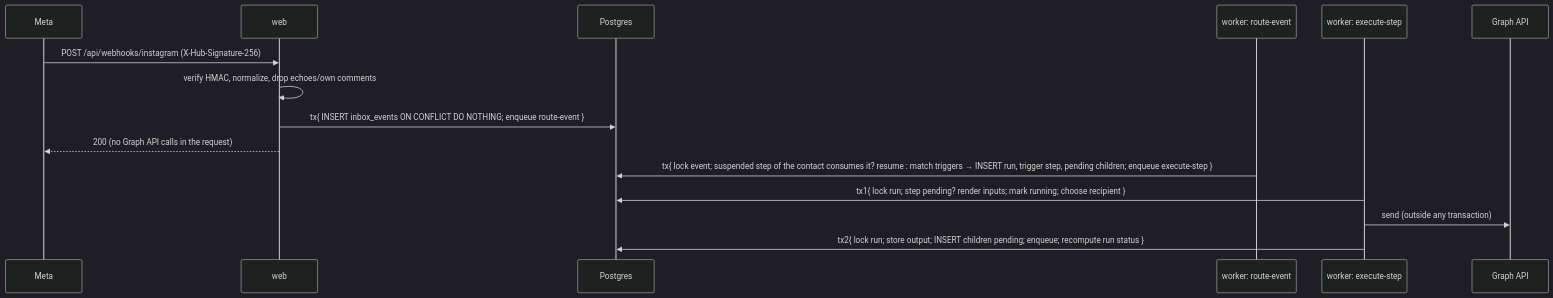
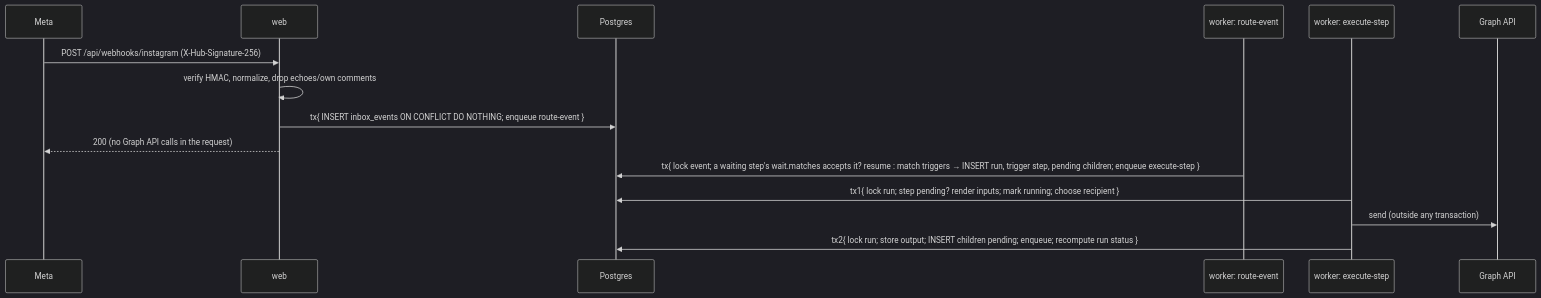
The third of 3 diagrams in docs/architecture.md (ArkadyBuryakov/blotato-tech-challenge), drawn with Mermaid (dark theme) before and after one commit. The commit also changed other lines of this file and 10 other files, not shown here.

````diff
--- a/docs/architecture.md
+++ b/docs/architecture.md
@@ -128,17 +129,17 @@
 ```mermaid
 sequenceDiagram
   participant M as Meta
   participant W as web
   participant DB as Postgres
   participant R as worker: route-event
   participant S as worker: execute-step
   participant IG as Graph API
   M->>W: POST /api/webhooks/instagram (X-Hub-Signature-256)
   W->>W: verify HMAC, normalize, drop echoes/own comments
   W->>DB: tx{ INSERT inbox_events ON CONFLICT DO NOTHING#59; enqueue route-event }
   W-->>M: 200 (no Graph API calls in the request)
-  R->>DB: tx{ lock event#59; suspended step of the contact consumes it? resume : match triggers → INSERT run, trigger step, pending children#59; enqueue execute-step }
+  R->>DB: tx{ lock event#59; a waiting step's wait.matches accepts it? resume : match triggers → INSERT run, trigger step, pending children#59; enqueue execute-step }
   S->>DB: tx1{ lock run#59; step pending? render inputs#59; mark running#59; choose recipient }
   S->>IG: send (outside any transaction)
   S->>DB: tx2{ lock run#59; store output#59; INSERT children pending#59; enqueue#59; recompute run status }
 ```
````
